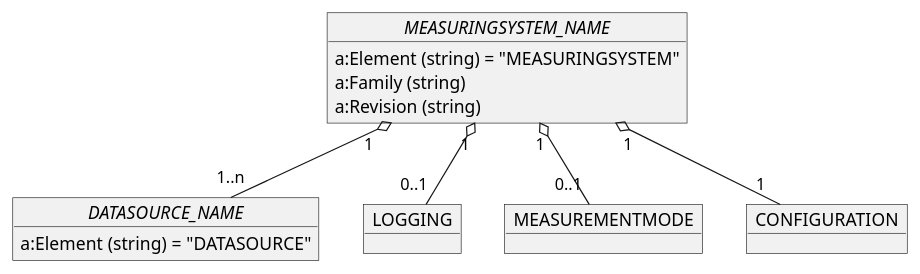
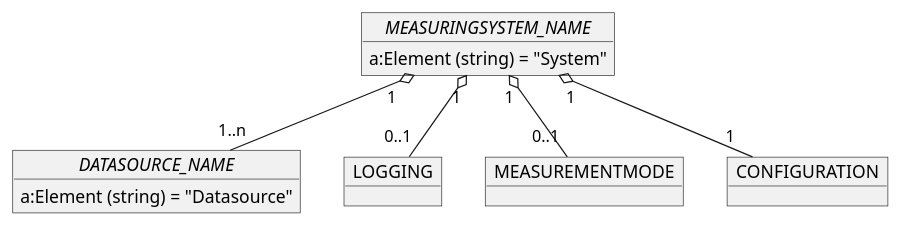
One commit to OpenRailAssociation/rcm-dx changed the eighth of 13 diagrams in images/rcm-dx-images.puml. Above: the diagram before and after it, drawn with PlantUML. The commit also changed other lines of this file and 17 other files, not shown here.

```diff
--- a/images/rcm-dx-images.puml
+++ b/images/rcm-dx-images.puml
@@ -294,21 +218,19 @@
 @startuml rcmdx_measuringsystem_group
   object "//MEASURINGSYSTEM_NAME//" as MEASURINGSYSTEM {
-    a:Element (string) = "MEASURINGSYSTEM"
-    a:Family (string)
-    a:Revision (string)
+    a:Element (string) = "System"
   }
 
   object "//DATASOURCE_NAME//" as DATASOURCE {
-    a:Element (string) = "DATASOURCE"
+    a:Element (string) = "Datasource"
   }
   MEASURINGSYSTEM "1" o-- "1..n" DATASOURCE
 
   object LOGGING
   MEASURINGSYSTEM "1" o-- "0..1" LOGGING
 
   object MEASUREMENTMODE
   MEASURINGSYSTEM "1" o-- "0..1" MEASUREMENTMODE
 
   object "CONFIGURATION" as ms_config
   MEASURINGSYSTEM "1" o-- "1" ms_config
 @enduml
```
